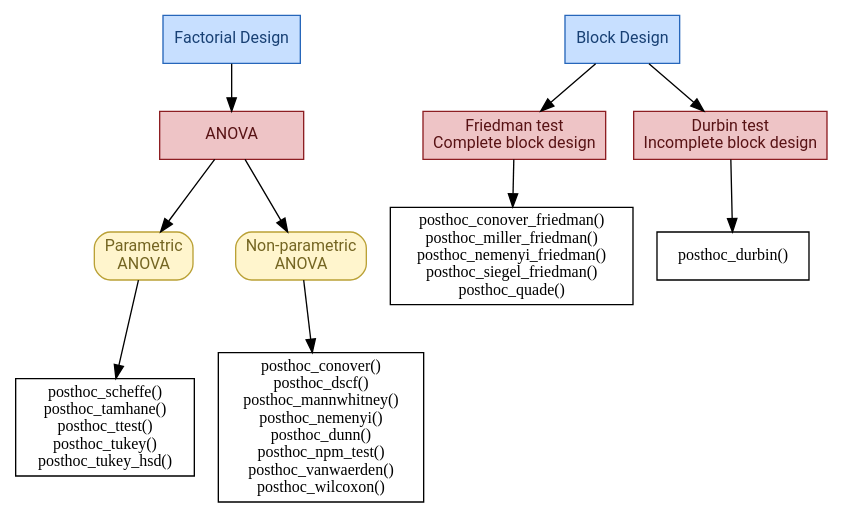
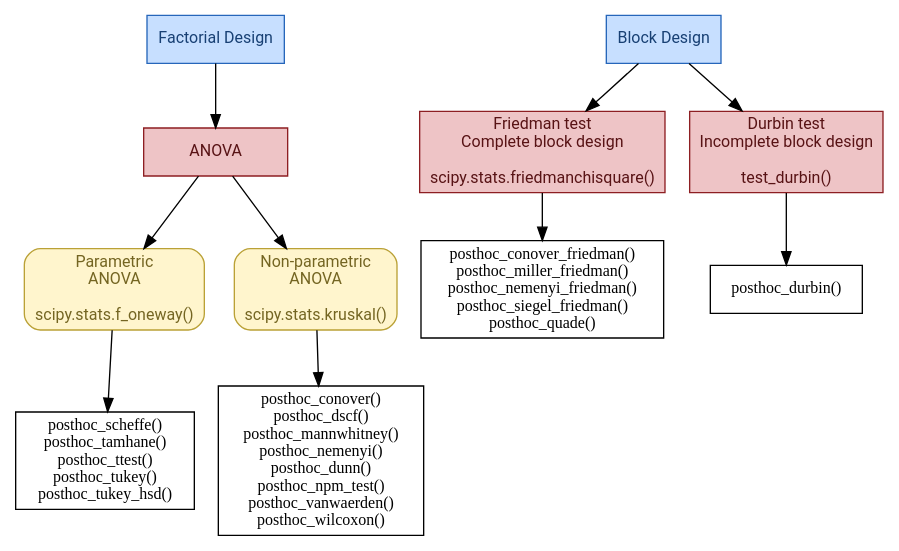
One commit to maximtrp/scikit-posthocs changed the diagram in images/flowchart.gv. Above: the diagram before and after it, drawn with Graphviz. The commit also changed 2 other files, not shown here.

```diff
--- a/images/flowchart.gv
+++ b/images/flowchart.gv
@@ -1,108 +1,108 @@
 digraph {
     graph [truecolor=true, bgcolor="#ff000000"];
     node [fontname="Roboto", fontsize=12];
 
     factorial [
         label="Factorial Design",
         shape=box,
         style="filled",
         fillcolor="#C7DFFF",
         color="#2666ba",
         fontcolor="#184074"
     ];
 
     anova [
         fillcolor="#eec4c6",
         color="#8d1e22",
         fontcolor="#581315",
         label="ANOVA",
         shape=box,
         style="filled",
         width=1.5,
     ];
 
     param [
         shape=box,
         style="rounded,filled",
         fontcolor="#746522",
         color="#baa136",
         fillcolor="#fff5cd",
-        label="Parametric\nANOVA",
+        label="Parametric\nANOVA\n\nscipy.stats.f_oneway()",
         width=0.5
     ];
 
     param_posthocs [
         shape=box,
         fontname="Iosevka",
         label="posthoc_scheffe()\nposthoc_tamhane()\nposthoc_ttest()\nposthoc_tukey()\nposthoc_tukey_hsd()"
     ];
 
     nonparam [
         shape=box,
         style="rounded,filled",
         fontcolor="#746522",
         color="#baa136",
         fillcolor="#fff5cd",
-        label="Non-parametric\nANOVA",
+        label="Non-parametric\nANOVA\n\nscipy.stats.kruskal()",
         width=0.5
     ];
 
     nonparam_posthocs [
         shape=box,
         fontname="Iosevka",
         label="posthoc_conover()\nposthoc_dscf()\nposthoc_mannwhitney()\nposthoc_nemenyi()\nposthoc_dunn()\nposthoc_npm_test()\nposthoc_vanwaerden()\nposthoc_wilcoxon()"
     ];
 
     blocked [
         label="Block Design",
         shape=box,
         style="filled",
         fillcolor="#C7DFFF",
         color="#2666ba",
         fontcolor="#184074"
     ];
 
     friedman [
         fillcolor="#eec4c6",
         color="#8d1e22",
         fontcolor="#581315",
-        label="Friedman test\nComplete block design",
+        label="Friedman test\nComplete block design\n\nscipy.stats.friedmanchisquare()",
         shape=box,
         style="filled",
         width=0.5,
     ];
 
     friedman_posthocs [
         shape=box,
         fontname="Iosevka"
         label="posthoc_conover_friedman()\nposthoc_miller_friedman()\nposthoc_nemenyi_friedman()\nposthoc_siegel_friedman()\nposthoc_quade()"
     ];
 
     durbin [
         fillcolor="#eec4c6",
         color="#8d1e22",
         fontcolor="#581315",
-        label="Durbin test\nIncomplete block design",
+        label="Durbin test\nIncomplete block design\n\ntest_durbin()",
         shape=box,
         style="filled",
         width=0.5,
     ];
 
     durbin_posthocs [
         shape=box,
         fontname="Iosevka"
         label="posthoc_durbin()"
     ];
 
 
     factorial -> anova;
     anova  -> param;
     anova  -> nonparam;
 
     param -> param_posthocs;
     nonparam -> nonparam_posthocs;
 
     blocked -> {friedman, durbin};
     friedman -> friedman_posthocs;
     durbin -> durbin_posthocs;
 }
```
